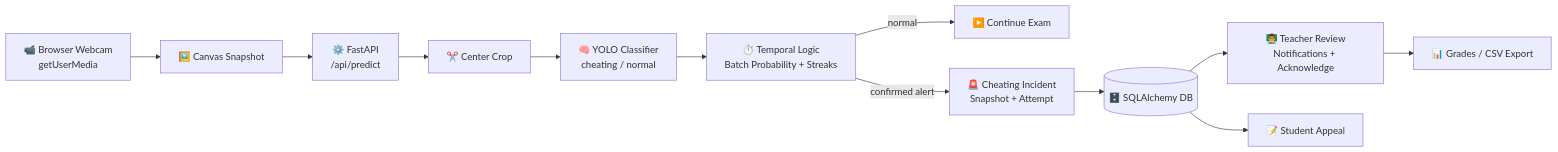
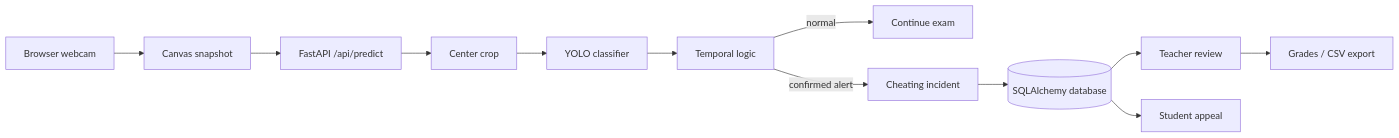
Before and after one commit to AdhamElsayedAI/AdhamElsayedAI: the fourth of 7 diagrams in README.md, drawn with Mermaid. The commit also changed other lines of this file, not shown here.

````diff
--- a/README.md
+++ b/README.md
@@ -213,14 +183,14 @@
 ```mermaid
 flowchart LR
-    CAM["📹 Browser Webcam\ngetUserMedia"] --> FRAME["🖼️ Canvas Snapshot"]
-    FRAME --> API["⚙️ FastAPI\n/api/predict"]
-    API --> CROP["✂️ Center Crop"]
-    CROP --> YOLO["🧠 YOLO Classifier\ncheating / normal"]
-    YOLO --> TEMP["⏱️ Temporal Logic\nBatch Probability + Streaks"]
-    TEMP -->|"normal"| CONT["▶️ Continue Exam"]
-    TEMP -->|"confirmed alert"| INCIDENT["🚨 Cheating Incident\nSnapshot + Attempt"]
-    INCIDENT --> DB[("🗄️ SQLAlchemy DB")]
-    DB --> TEACH["👨‍🏫 Teacher Review\nNotifications + Acknowledge"]
-    TEACH --> GRADE["📊 Grades / CSV Export"]
-    DB --> APPEAL["📝 Student Appeal"]
+    CAM[Browser webcam] --> FRAME[Canvas snapshot]
+    FRAME --> API[FastAPI /api/predict]
+    API --> CROP[Center crop]
+    CROP --> YOLO[YOLO classifier]
+    YOLO --> TEMP[Temporal logic]
+    TEMP -->|normal| CONT[Continue exam]
+    TEMP -->|confirmed alert| INCIDENT[Cheating incident]
+    INCIDENT --> DB[(SQLAlchemy database)]
+    DB --> TEACH[Teacher review]
+    TEACH --> GRADE[Grades / CSV export]
+    DB --> APPEAL[Student appeal]
 ```
````
